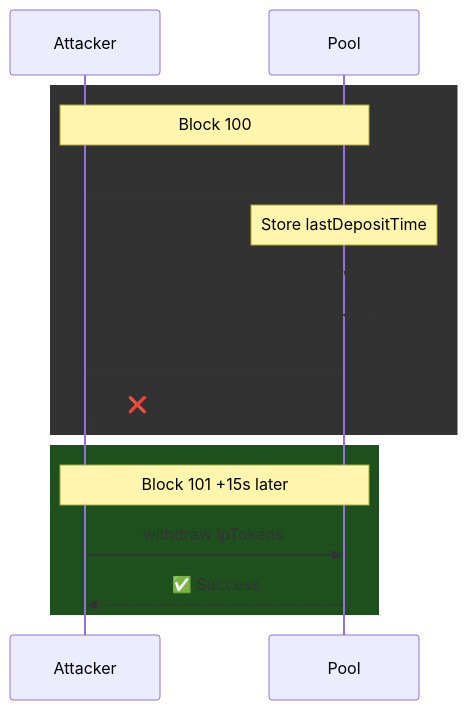
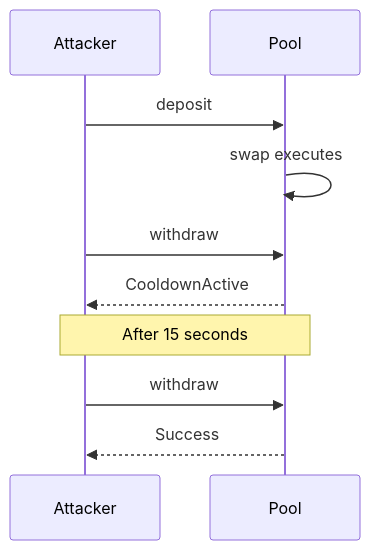
The seventh of 9 diagrams in docs/3. Security/3.4. Flow Guards.md (btr-protocol/dex), drawn with Mermaid before and after one commit. The commit also changed other lines of this file and 27 other files, not shown here.

````diff
--- a/docs/3. Security/3.4. Flow Guards.md
+++ b/docs/3. Security/3.4. Flow Guards.md
@@ -285,20 +256,14 @@
 ```mermaid
 sequenceDiagram
     participant Attacker
     participant Pool
 
-    rect rgb(50, 50, 50)
-        Note over Attacker,Pool: Block 100
-        Attacker->>Pool: TX 1: deposit 1000 USDC
-        Note over Pool: Store lastDepositTime
-        Pool->>Pool: TX 2: Large swap executes
-        Attacker->>Pool: TX 3: withdraw lpTokens
-        Pool-->>Attacker: ❌ CooldownActive 15s
-    end
+    Attacker->>Pool: deposit
+    Pool->>Pool: swap executes
+    Attacker->>Pool: withdraw
+    Pool-->>Attacker: CooldownActive
 
-    rect rgb(30, 80, 30)
-        Note over Attacker,Pool: Block 101 +15s later
-        Attacker->>Pool: withdraw lpTokens
-        Pool-->>Attacker: ✅ Success
-    end
+    Note over Attacker,Pool: After 15 seconds
+    Attacker->>Pool: withdraw
+    Pool-->>Attacker: Success
 ```
````
